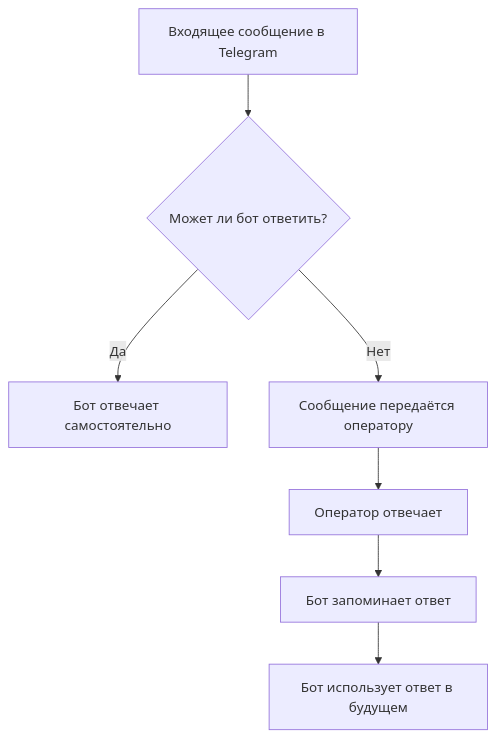
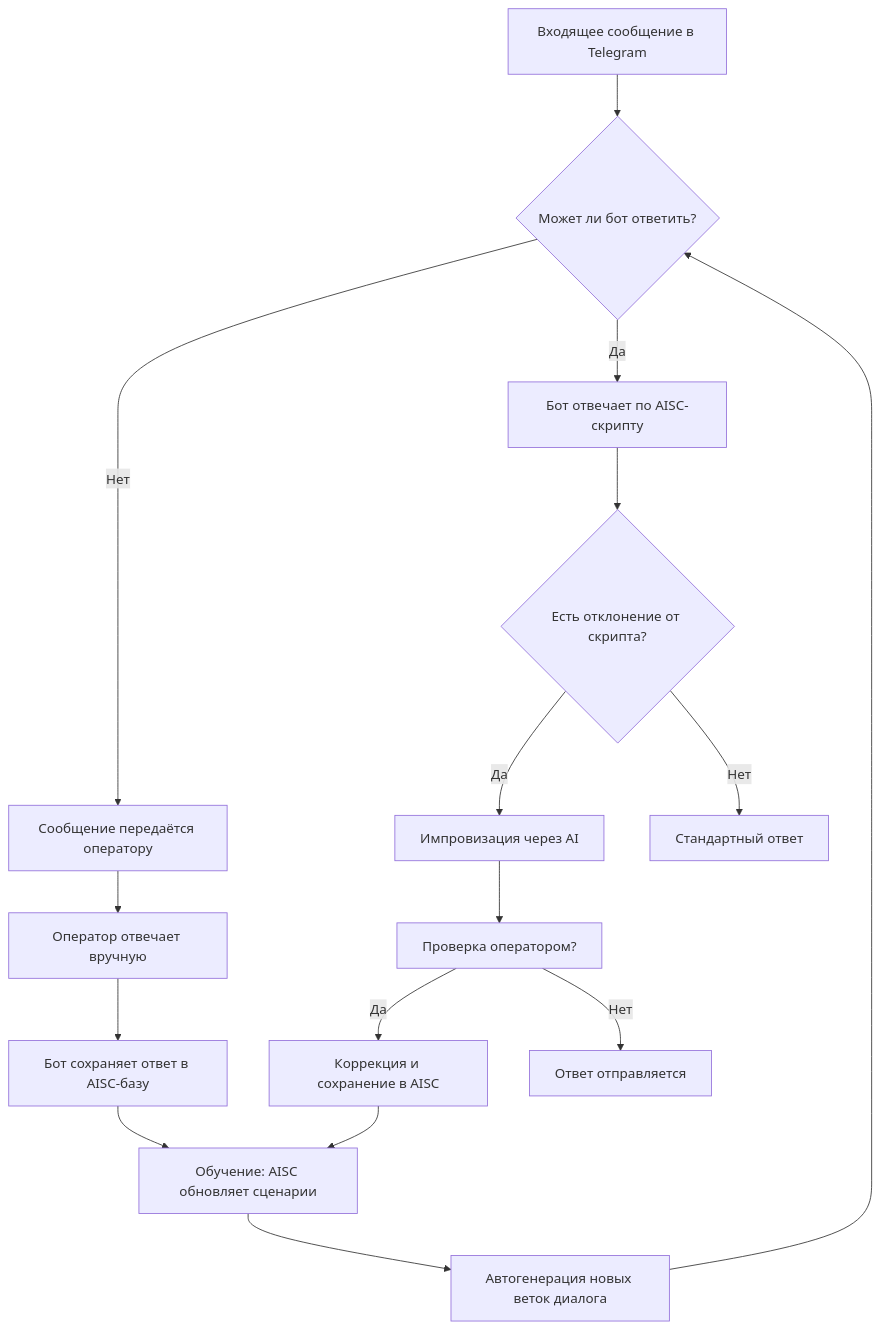
Before and after one commit to braindler/braindler-secretary: the diagram in README.md, drawn with Mermaid.

````diff
--- a/README.md
+++ b/README.md
@@ -15,9 +15,18 @@
 ```mermaid
 graph TD
     A[Входящее сообщение в Telegram] --> B{Может ли бот ответить?}
-    B -- Да --> C[Бот отвечает самостоятельно]
+    B -- Да --> C[Бот отвечает по AISC-скрипту]
     B -- Нет --> D[Сообщение передаётся оператору]
-    D --> E[Оператор отвечает]
-    E --> F[Бот запоминает ответ]
-    F --> G[Бот использует ответ в будущем]
+    D --> E[Оператор отвечает вручную]
+    E --> F[Бот сохраняет ответ в AISC-базу]
+    F --> G[Обучение: AISC обновляет сценарии]
+    G --> H[Автогенерация новых веток диалога]
+    C --> I{Есть отклонение от скрипта?}
+    I -- Да --> J[Импровизация через AI]
+    I -- Нет --> K[Стандартный ответ]
+    J --> L[Проверка оператором?]
+    L -- Да --> M[Коррекция и сохранение в AISC]
+    L -- Нет --> N[Ответ отправляется]
+    H --> B
+    M --> G
 ```
````
